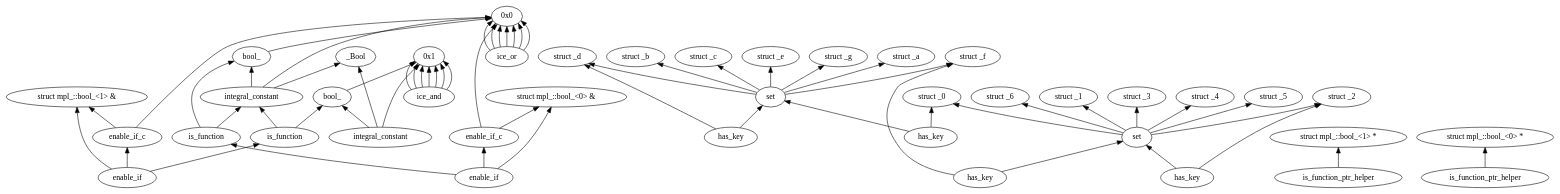
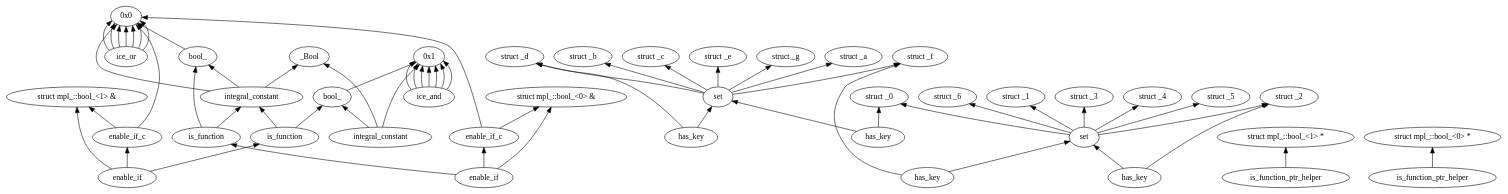
The diagram in output/dot/nt2_vs_mpl/nt2_has_key.dot (brycelelbach/ariel), drawn with Graphviz before and after one commit. The commit also changed 3 other files, not shown here.

```diff
--- a/output/dot/nt2_vs_mpl/nt2_has_key.dot
+++ b/output/dot/nt2_vs_mpl/nt2_has_key.dot
@@ -1,106 +1,106 @@
 digraph {
 rankdir="BT";
-n147115800[label="_Bool"];
-n152833480[label="struct _0"];
-n152833992[label="struct _1"];
-n152834504[label="struct _2"];
-n152835016[label="struct _3"];
-n152841128[label="struct _4"];
-n152841640[label="struct _5"];
-n152842152[label="struct _6"];
-n152842664[label="struct _a"];
-n152843176[label="struct _b"];
-n152843688[label="struct _c"];
-n152844200[label="struct _d"];
-n152844712[label="struct _e"];
-n152845224[label="struct _f"];
-n152845736[label="struct _g"];
-n152869736[label="struct mpl_::bool_&lt;1&gt; &amp;"];
-n152886432[label="struct mpl_::bool_&lt;1&gt; *"];
-n152927160[label="struct mpl_::bool_&lt;0&gt; &amp;"];
-n152943136[label="struct mpl_::bool_&lt;0&gt; *"];
-n670972402[label="set"];
-n680457851[label="is_function_ptr_helper"];
-n6751426152[label="is_function_ptr_helper"];
-n61179582374[label="enable_if"];
-n61229342682[label="has_key"];
-n61298870507[label="bool_"];
-n62030002258[label="is_function"];
-n62837064249[label="has_key"];
-n63267975098[label="enable_if_c"];
-n63303912006[label="is_function"];
-n63374906040[label="ice_and"];
-n63507281393[label="set"];
-n63562106922[label="bool_"];
-n63618825365[label="integral_constant"];
-n63793430081[label="integral_constant"];
-n63838149840[label="ice_or"];
-n63919158997[label="enable_if_c"];
-n64030248061[label="enable_if"];
-n64109748335[label="has_key"];
-n64292126477[label="has_key"];
+n128569112[label="_Bool"];
+n134286792[label="struct _0"];
+n134287304[label="struct _1"];
+n134287816[label="struct _2"];
+n134288328[label="struct _3"];
+n134294440[label="struct _4"];
+n134294952[label="struct _5"];
+n134295464[label="struct _6"];
+n134295976[label="struct _a"];
+n134296488[label="struct _b"];
+n134297000[label="struct _c"];
+n134297512[label="struct _d"];
+n134298024[label="struct _e"];
+n134298536[label="struct _f"];
+n134299048[label="struct _g"];
+n134323048[label="struct mpl_::bool_&lt;1&gt; &amp;"];
+n134339744[label="struct mpl_::bool_&lt;1&gt; *"];
+n134380472[label="struct mpl_::bool_&lt;0&gt; &amp;"];
+n134396448[label="struct mpl_::bool_&lt;0&gt; *"];
+n673603687[label="has_key"];
+n6279636039[label="enable_if_c"];
+n6346421017[label="enable_if"];
+n6926119162[label="bool_"];
+n61013312904[label="enable_if_c"];
+n61083369923[label="is_function_ptr_helper"];
+n61229632245[label="is_function"];
+n61665570189[label="integral_constant"];
+n62112335135[label="enable_if"];
+n62321697761[label="bool_"];
+n62485443383[label="has_key"];
+n62727806885[label="set"];
+n62889590763[label="ice_and"];
+n63107267618[label="set"];
+n63151828069[label="ice_or"];
+n63220720421[label="has_key"];
+n63662246059[label="is_function_ptr_helper"];
+n63801353991[label="integral_constant"];
+n63810946918[label="has_key"];
+n64053670713[label="is_function"];
 n81030972443[label="0x1"];
 n81773484321[label="0x0"];
 
-n670972402 -> n152842664;
-n670972402 -> n152843176;
-n670972402 -> n152843688;
-n670972402 -> n152844200;
-n670972402 -> n152844712;
-n670972402 -> n152845224;
-n670972402 -> n152845736;
-n680457851 -> n152943136;
-n6751426152 -> n152886432;
-n61179582374 -> n62030002258;
-n61179582374 -> n152869736;
-n61179582374 -> n63267975098;
-n61229342682 -> n670972402;
-n61229342682 -> n152833480;
-n61298870507 -> n81773484321;
-n62030002258 -> n63562106922;
-n62030002258 -> n63618825365;
-n62837064249 -> n63507281393;
-n62837064249 -> n152845224;
-n63267975098 -> n81773484321;
-n63267975098 -> n152869736;
-n63303912006 -> n61298870507;
-n63303912006 -> n63618825365;
-n63374906040 -> n81030972443;
-n63374906040 -> n81030972443;
-n63374906040 -> n81030972443;
-n63374906040 -> n81030972443;
-n63374906040 -> n81030972443;
-n63374906040 -> n81030972443;
-n63374906040 -> n81030972443;
-n63507281393 -> n152833480;
-n63507281393 -> n152833992;
-n63507281393 -> n152834504;
-n63507281393 -> n152835016;
-n63507281393 -> n152841128;
-n63507281393 -> n152841640;
-n63507281393 -> n152842152;
-n63562106922 -> n81030972443;
-n63618825365 -> n147115800;
-n63618825365 -> n81773484321;
-n63618825365 -> n61298870507;
-n63793430081 -> n147115800;
-n63793430081 -> n81030972443;
-n63793430081 -> n63562106922;
-n63838149840 -> n81773484321;
-n63838149840 -> n81773484321;
-n63838149840 -> n81773484321;
-n63838149840 -> n81773484321;
-n63838149840 -> n81773484321;
-n63838149840 -> n81773484321;
-n63838149840 -> n81773484321;
-n63919158997 -> n81773484321;
-n63919158997 -> n152927160;
-n64030248061 -> n63303912006;
-n64030248061 -> n152927160;
-n64030248061 -> n63919158997;
-n64109748335 -> n670972402;
-n64109748335 -> n152844200;
-n64292126477 -> n63507281393;
-n64292126477 -> n152834504;
+n673603687 -> n63107267618;
+n673603687 -> n134286792;
+n6279636039 -> n81773484321;
+n6279636039 -> n134323048;
+n6346421017 -> n64053670713;
+n6346421017 -> n134380472;
+n6346421017 -> n61013312904;
+n6926119162 -> n81773484321;
+n61013312904 -> n81773484321;
+n61013312904 -> n134380472;
+n61083369923 -> n134339744;
+n61229632245 -> n62321697761;
+n61229632245 -> n61665570189;
+n61665570189 -> n128569112;
+n61665570189 -> n81773484321;
+n61665570189 -> n6926119162;
+n62112335135 -> n61229632245;
+n62112335135 -> n134323048;
+n62112335135 -> n6279636039;
+n62321697761 -> n81030972443;
+n62485443383 -> n63107267618;
+n62485443383 -> n134297512;
+n62727806885 -> n134286792;
+n62727806885 -> n134287304;
+n62727806885 -> n134287816;
+n62727806885 -> n134288328;
+n62727806885 -> n134294440;
+n62727806885 -> n134294952;
+n62727806885 -> n134295464;
+n62889590763 -> n81030972443;
+n62889590763 -> n81030972443;
+n62889590763 -> n81030972443;
+n62889590763 -> n81030972443;
+n62889590763 -> n81030972443;
+n62889590763 -> n81030972443;
+n62889590763 -> n81030972443;
+n63107267618 -> n134295976;
+n63107267618 -> n134296488;
+n63107267618 -> n134297000;
+n63107267618 -> n134297512;
+n63107267618 -> n134298024;
+n63107267618 -> n134298536;
+n63107267618 -> n134299048;
+n63151828069 -> n81773484321;
+n63151828069 -> n81773484321;
+n63151828069 -> n81773484321;
+n63151828069 -> n81773484321;
+n63151828069 -> n81773484321;
+n63151828069 -> n81773484321;
+n63151828069 -> n81773484321;
+n63220720421 -> n62727806885;
+n63220720421 -> n134287816;
+n63662246059 -> n134396448;
+n63801353991 -> n128569112;
+n63801353991 -> n81030972443;
+n63801353991 -> n62321697761;
+n63810946918 -> n62727806885;
+n63810946918 -> n134298536;
+n64053670713 -> n6926119162;
+n64053670713 -> n61665570189;
 
 }
```
